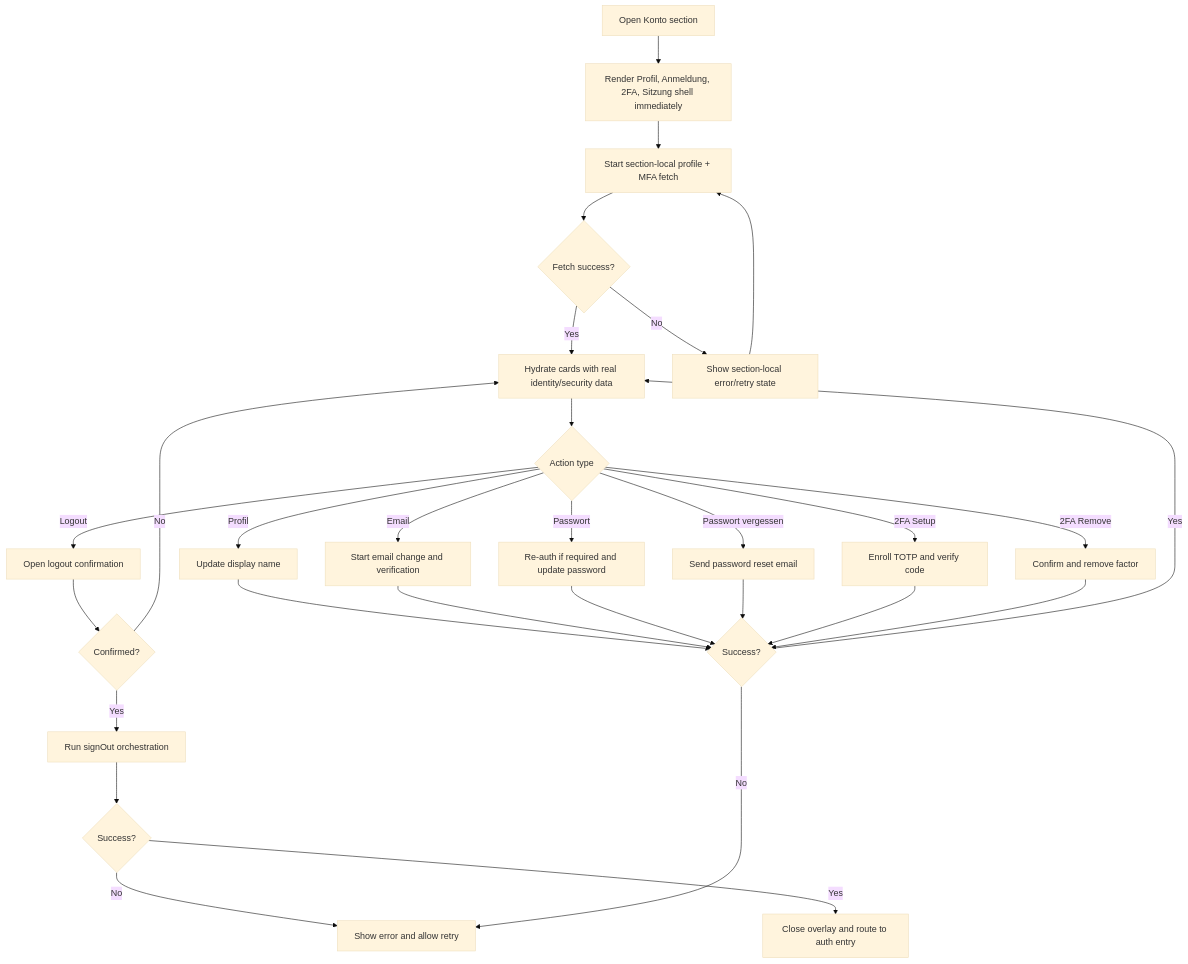
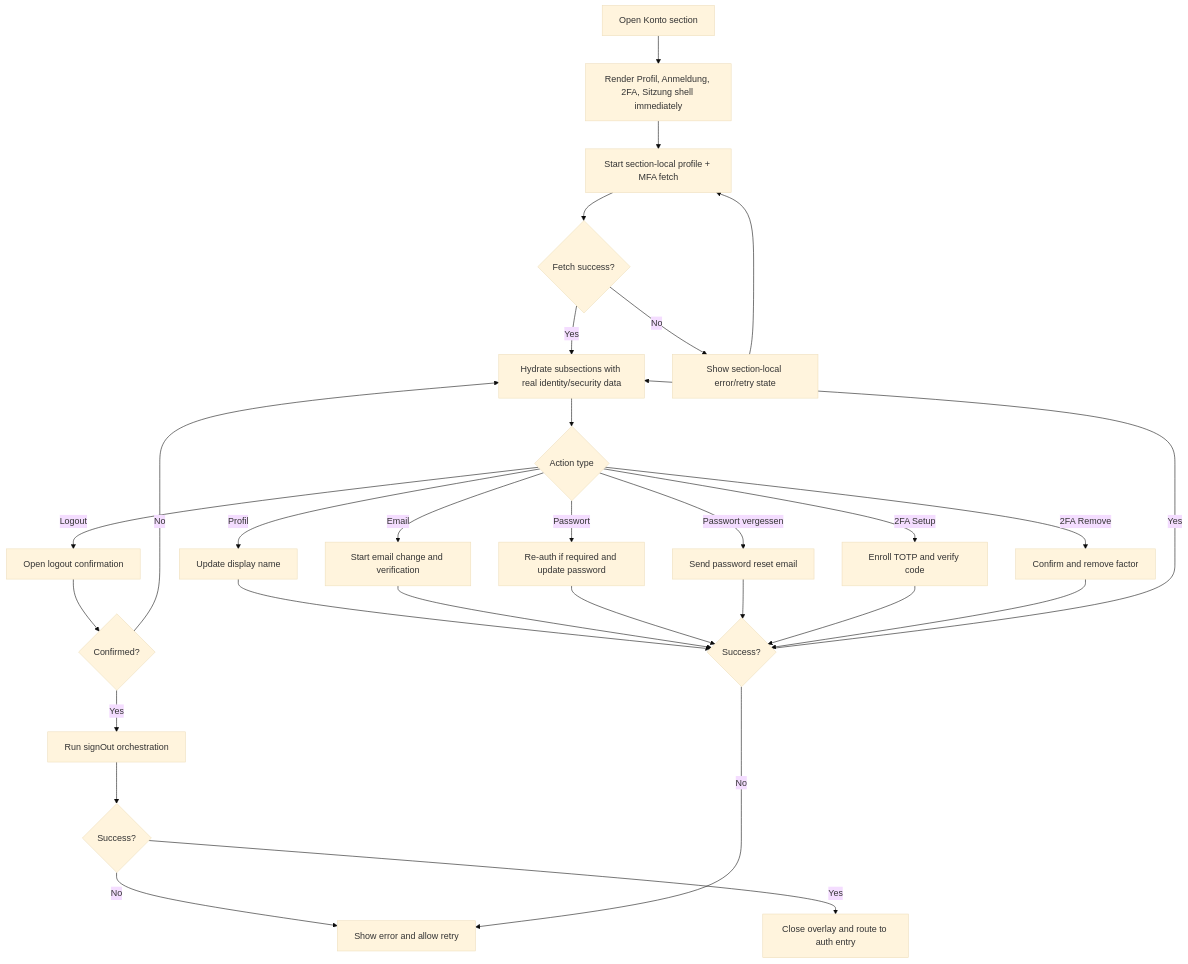
Before and after one commit to matkleve/feldpost: the first of 3 diagrams in docs/specs/ui/settings-overlay/account-settings-section.md, drawn with Mermaid (base theme). The commit also changed other lines of this file and 21 other files, not shown here.

````diff
--- a/docs/specs/ui/settings-overlay/account-settings-section.md
+++ b/docs/specs/ui/settings-overlay/account-settings-section.md
@@ -37,31 +37,31 @@
 ```mermaid
 flowchart TD
     A[Open Konto section] --> B[Render Profil, Anmeldung, 2FA, Sitzung shell immediately]
     B --> C[Start section-local profile + MFA fetch]
     C --> D{Fetch success?}
-    D -- Yes --> E[Hydrate cards with real identity/security data]
+    D -- Yes --> E[Hydrate subsections with real identity/security data]
     D -- No --> F[Show section-local error/retry state]
     F --> C
     E --> G{Action type}
     G -- Profil --> H[Update display name]
     G -- Email --> I[Start email change and verification]
     G -- Passwort --> J[Re-auth if required and update password]
     G -- Passwort vergessen --> K[Send password reset email]
     G -- 2FA Setup --> L[Enroll TOTP and verify code]
     G -- 2FA Remove --> M[Confirm and remove factor]
     G -- Logout --> N[Open logout confirmation]
     H --> O{Success?}
     I --> O
     J --> O
     K --> O
     L --> O
     M --> O
     N --> P{Confirmed?}
     P -- Yes --> Q[Run signOut orchestration]
     P -- No --> E
     Q --> R{Success?}
     R -- Yes --> S[Close overlay and route to auth entry]
     R -- No --> T[Show error and allow retry]
     O -- Yes --> E
     O -- No --> T
 ```
````
